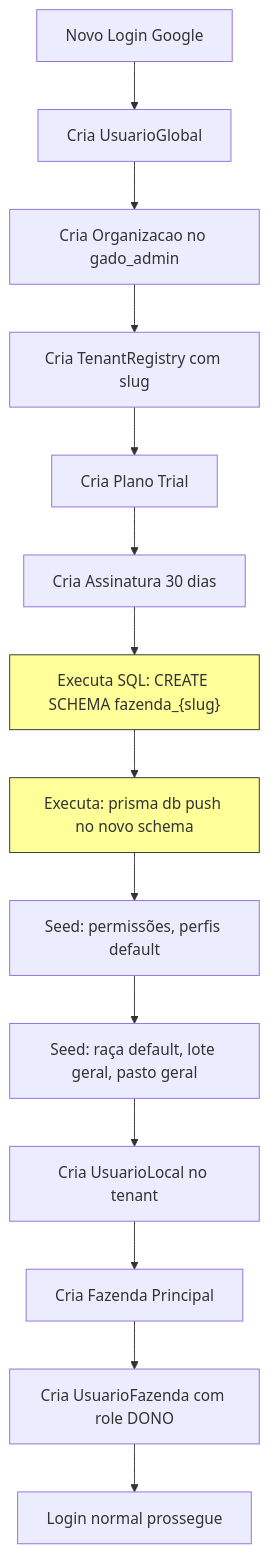
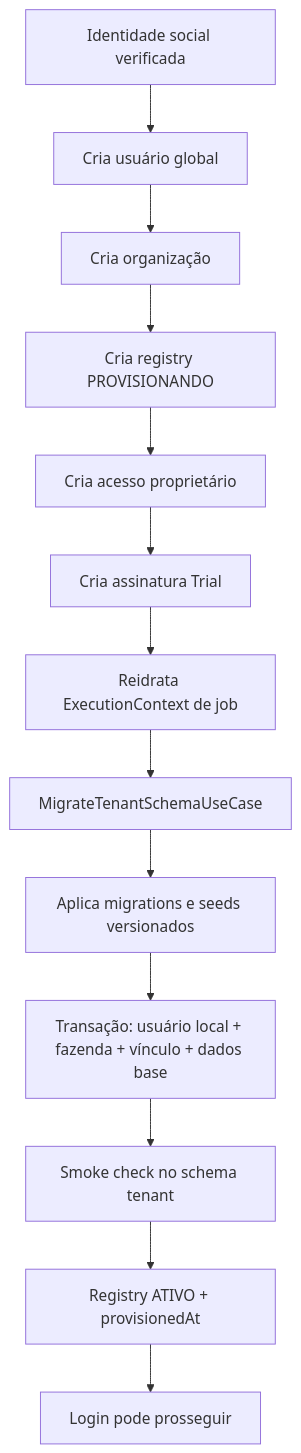
One commit to joaopuccini/gado-api changed the second of 2 diagrams in docs/02-MULTI-TENANT.md. Above: the diagram before and after it, drawn with Mermaid. The commit also changed other lines of this file and 7 other files, not shown here.

````diff
--- a/docs/02-MULTI-TENANT.md
+++ b/docs/02-MULTI-TENANT.md
@@ -162,19 +94,15 @@
 ```mermaid
 flowchart TD
-    A[Novo Login Google] --> B[Cria UsuarioGlobal]
-    B --> C[Cria Organizacao no gado_admin]
-    C --> D[Cria TenantRegistry com slug]
-    D --> E[Cria Plano Trial]
-    E --> F[Cria Assinatura 30 dias]
-    F --> G["Executa SQL: CREATE SCHEMA fazenda_{slug}"]
-    G --> H["Executa: prisma db push no novo schema"]
-    H --> I[Seed: permissões, perfis default]
-    I --> J[Seed: raça default, lote geral, pasto geral]
-    J --> K[Cria UsuarioLocal no tenant]
-    K --> L[Cria Fazenda Principal]
-    L --> M[Cria UsuarioFazenda com role DONO]
-    M --> N[Login normal prossegue]
-    
-    style G fill:#ff9,stroke:#333
-    style H fill:#ff9,stroke:#333
+    A[Identidade social verificada] --> B[Cria usuário global]
+    B --> C[Cria organização]
+    C --> D[Cria registry PROVISIONANDO]
+    D --> E[Cria acesso proprietário]
+    E --> F[Cria assinatura Trial]
+    F --> G[Reidrata ExecutionContext de job]
+    G --> H[MigrateTenantSchemaUseCase]
+    H --> I[Aplica migrations e seeds versionados]
+    I --> J[Transação: usuário local + fazenda + vínculo + dados base]
+    J --> K[Smoke check no schema tenant]
+    K --> L[Registry ATIVO + provisionedAt]
+    L --> M[Login pode prosseguir]
 ```
````
